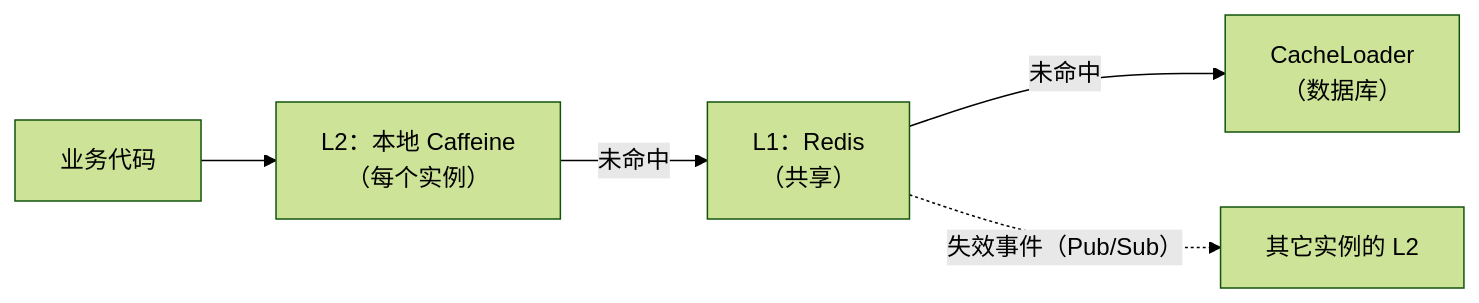
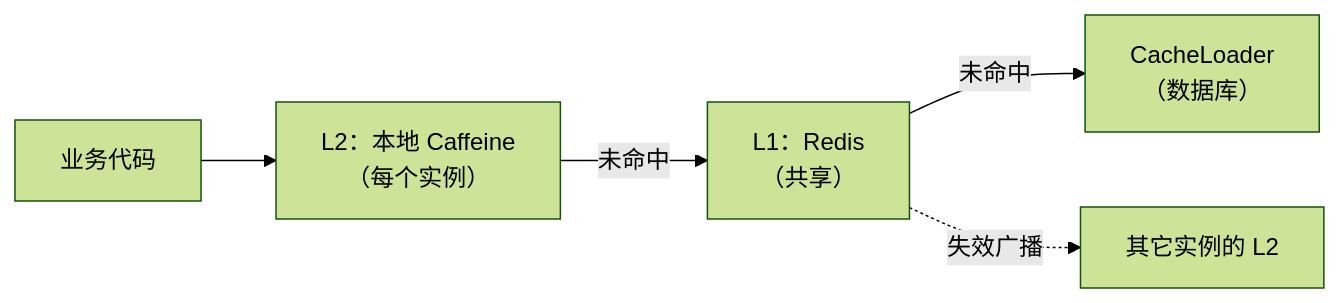
The diagram in wiki/zh/guide/index.md (Ahoo-Wang/CoCache), drawn with Mermaid (forest theme) before and after one commit. The commit also changed other lines of this file and 21 other files, not shown here.

````diff
--- a/wiki/zh/guide/index.md
+++ b/wiki/zh/guide/index.md
@@ -18,7 +25,7 @@
 ```mermaid
 flowchart LR
     App["业务代码"] --> L2["L2：本地 Caffeine<br>（每个实例）"]
     L2 -- 未命中 --> L1["L1：Redis<br>（共享）"]
     L1 -- 未命中 --> Src["CacheLoader<br>（数据库）"]
-    L1 -. "失效事件（Pub/Sub）" .-> Peers["其它实例的 L2"]
+    L1 -. "失效广播" .-> Peers["其它实例的 L2"]
 ```
````
